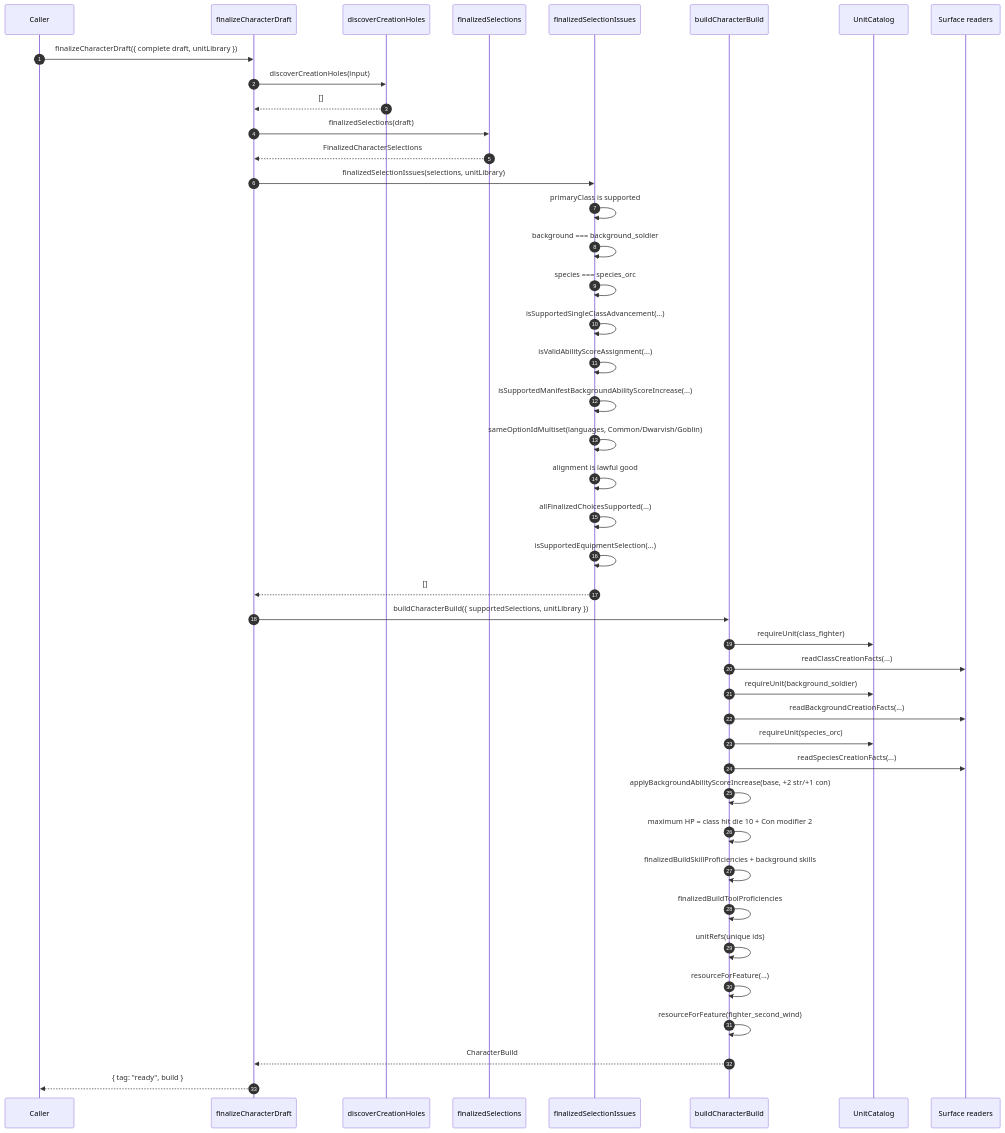
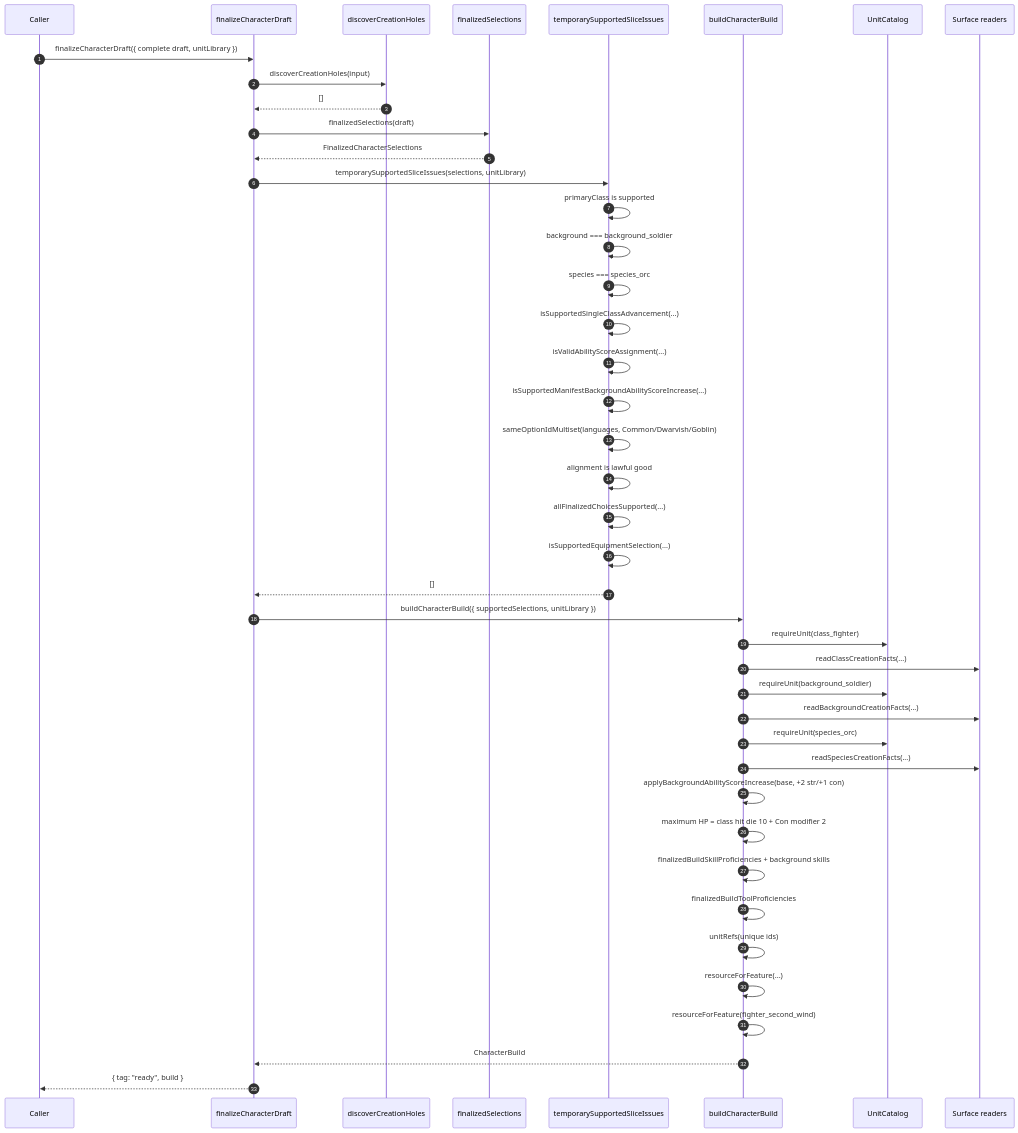
One commit to dearlordylord/5e-quint changed the ninth of 10 diagrams in packages/character-creation-runtime/EXPLANATORY_TIME_DIAGRAM.md. Above: the diagram before and after it, drawn with Mermaid. The commit also changed other lines of this file and 2 other files, not shown here.

````diff
--- a/packages/character-creation-runtime/EXPLANATORY_TIME_DIAGRAM.md
+++ b/packages/character-creation-runtime/EXPLANATORY_TIME_DIAGRAM.md
@@ -474,46 +474,46 @@
 ```mermaid
 sequenceDiagram
   autonumber
   participant Caller
   participant Runtime as finalizeCharacterDraft
   participant Discover as discoverCreationHoles
   participant Narrow as finalizedSelections
-  participant Legal as finalizedSelectionIssues
+  participant Legal as temporarySupportedSliceIssues
   participant Build as buildCharacterBuild
   participant Catalog as UnitCatalog
   participant Surface as Surface readers
 
   Caller->>Runtime: finalizeCharacterDraft({ complete draft, unitLibrary })
   Runtime->>Discover: discoverCreationHoles(input)
   Discover-->>Runtime: []
   Runtime->>Narrow: finalizedSelections(draft)
   Narrow-->>Runtime: FinalizedCharacterSelections
-  Runtime->>Legal: finalizedSelectionIssues(selections, unitLibrary)
+  Runtime->>Legal: temporarySupportedSliceIssues(selections, unitLibrary)
   Legal->>Legal: primaryClass is supported
   Legal->>Legal: background === background_soldier
   Legal->>Legal: species === species_orc
   Legal->>Legal: isSupportedSingleClassAdvancement(...)
   Legal->>Legal: isValidAbilityScoreAssignment(...)
   Legal->>Legal: isSupportedManifestBackgroundAbilityScoreIncrease(...)
   Legal->>Legal: sameOptionIdMultiset(languages, Common/Dwarvish/Goblin)
   Legal->>Legal: alignment is lawful good
   Legal->>Legal: allFinalizedChoicesSupported(...)
   Legal->>Legal: isSupportedEquipmentSelection(...)
   Legal-->>Runtime: []
   Runtime->>Build: buildCharacterBuild({ supportedSelections, unitLibrary })
   Build->>Catalog: requireUnit(class_fighter)
   Build->>Surface: readClassCreationFacts(...)
   Build->>Catalog: requireUnit(background_soldier)
   Build->>Surface: readBackgroundCreationFacts(...)
   Build->>Catalog: requireUnit(species_orc)
   Build->>Surface: readSpeciesCreationFacts(...)
   Build->>Build: applyBackgroundAbilityScoreIncrease(base, +2 str/+1 con)
   Build->>Build: maximum HP = class hit die 10 + Con modifier 2
   Build->>Build: finalizedBuildSkillProficiencies + background skills
   Build->>Build: finalizedBuildToolProficiencies
   Build->>Build: unitRefs(unique ids)
   Build->>Build: resourceForFeature(...)
   Build->>Build: resourceForFeature(fighter_second_wind)
   Build-->>Runtime: CharacterBuild
   Runtime-->>Caller: { tag: "ready", build }
 ```
````
